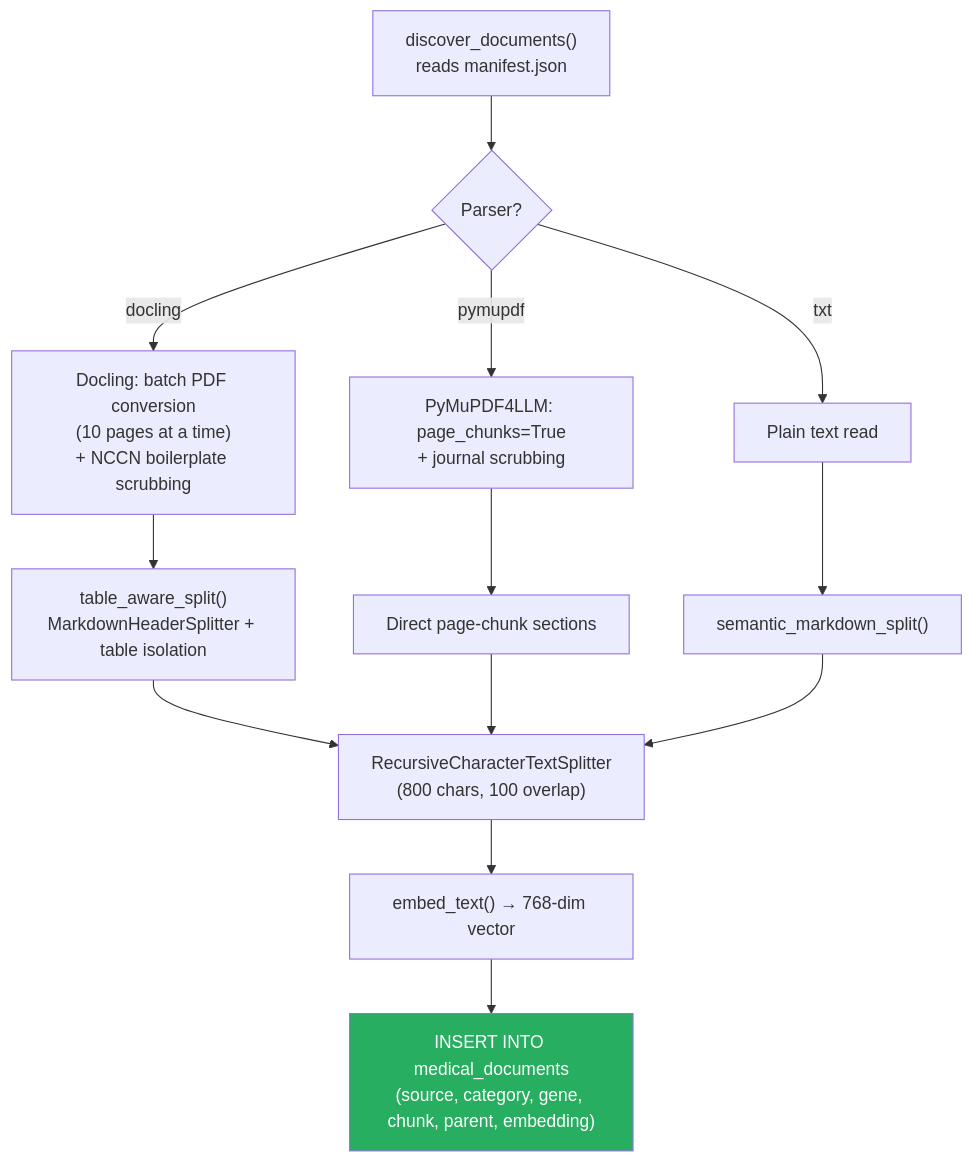
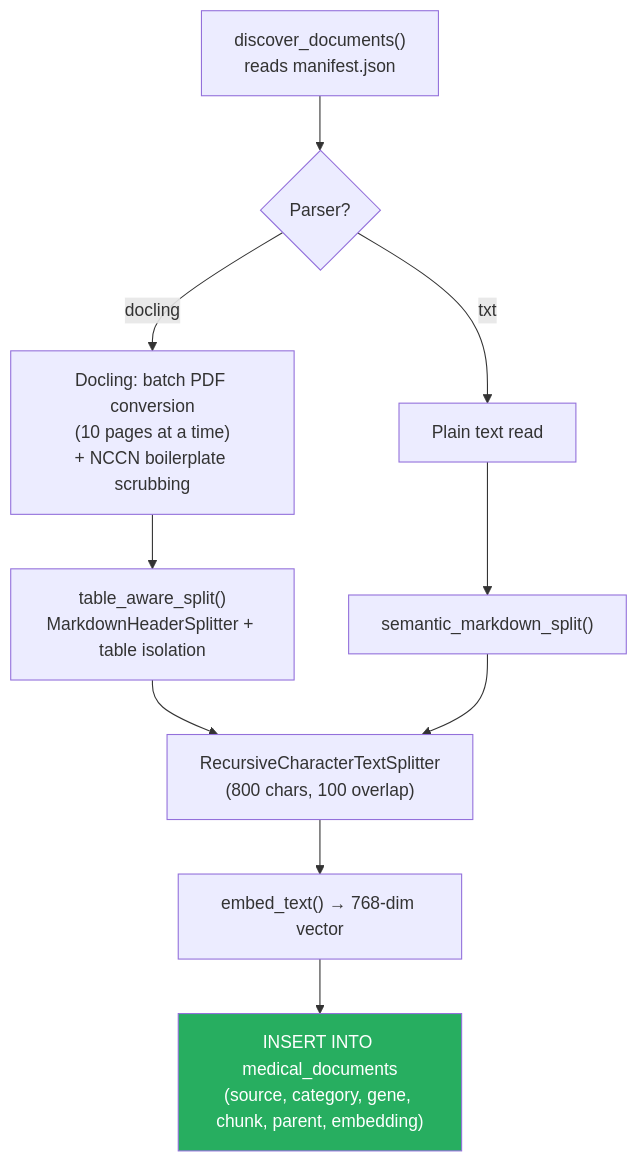
Before and after one commit to RenX86/Privacy-Preserving-CDSS: the tenth of 12 diagrams in project_analysis.md, drawn with Mermaid. The commit also changed other lines of this file and 9 other files, not shown here.

````diff
--- a/project_analysis.md
+++ b/project_analysis.md
@@ -394,21 +372,18 @@
 ```mermaid
 flowchart TD
     DISC["discover_documents()<br/>reads manifest.json"] --> ROUTE{"Parser?"}
 
     ROUTE -->|docling| DOC["Docling: batch PDF conversion<br/>(10 pages at a time)<br/>+ NCCN boilerplate scrubbing"]
-    ROUTE -->|pymupdf| MU["PyMuPDF4LLM: page_chunks=True<br/>+ journal scrubbing"]
     ROUTE -->|txt| TXT["Plain text read"]
 
     DOC --> SPLIT1["table_aware_split()<br/>MarkdownHeaderSplitter + table isolation"]
-    MU --> SPLIT2["Direct page-chunk sections"]
     TXT --> SPLIT3["semantic_markdown_split()"]
 
     SPLIT1 --> CHILD["RecursiveCharacterTextSplitter<br/>(800 chars, 100 overlap)"]
-    SPLIT2 --> CHILD
     SPLIT3 --> CHILD
 
     CHILD --> EMBED["embed_text() → 768-dim vector"]
     EMBED --> INSERT["INSERT INTO medical_documents<br/>(source, category, gene, chunk, parent, embedding)"]
 
     style INSERT fill:#27ae60,color:#fff
 ```
````
